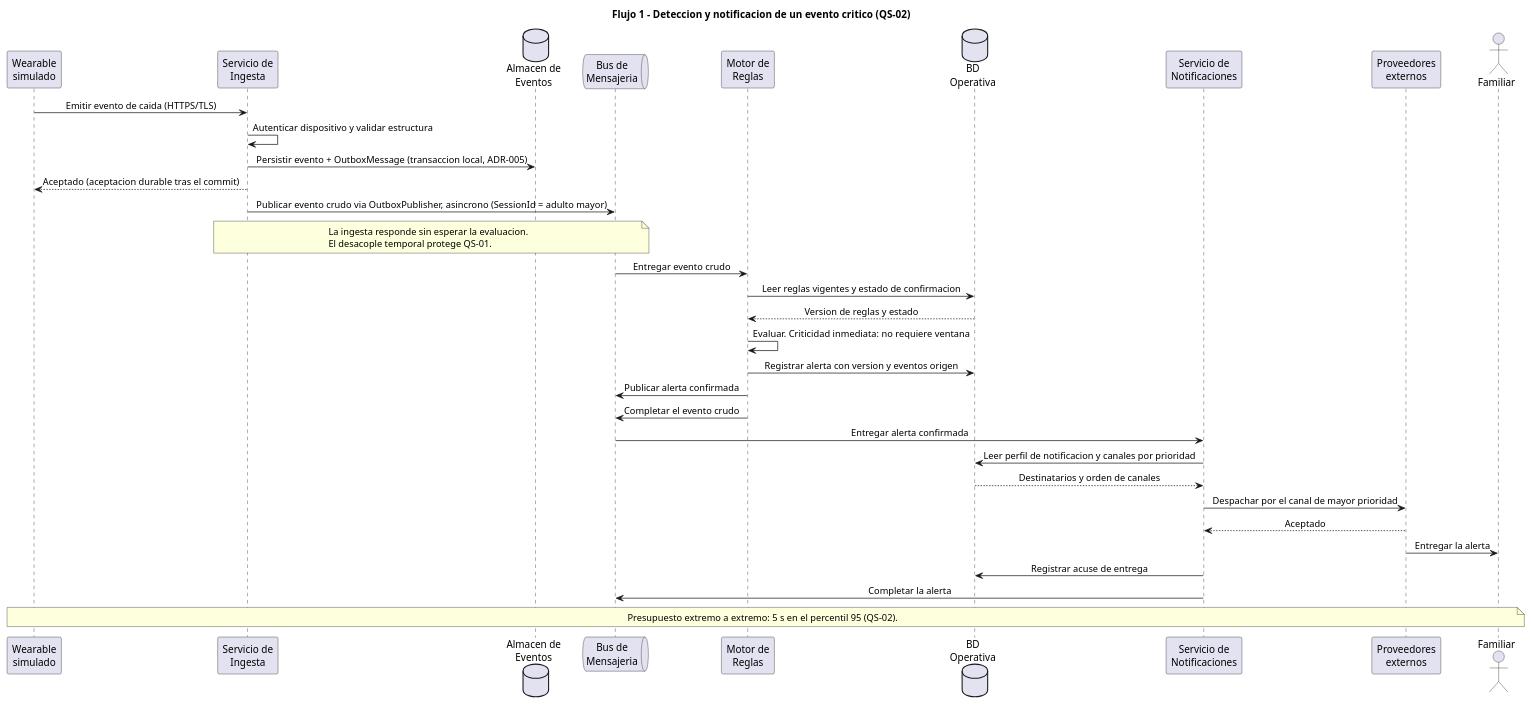
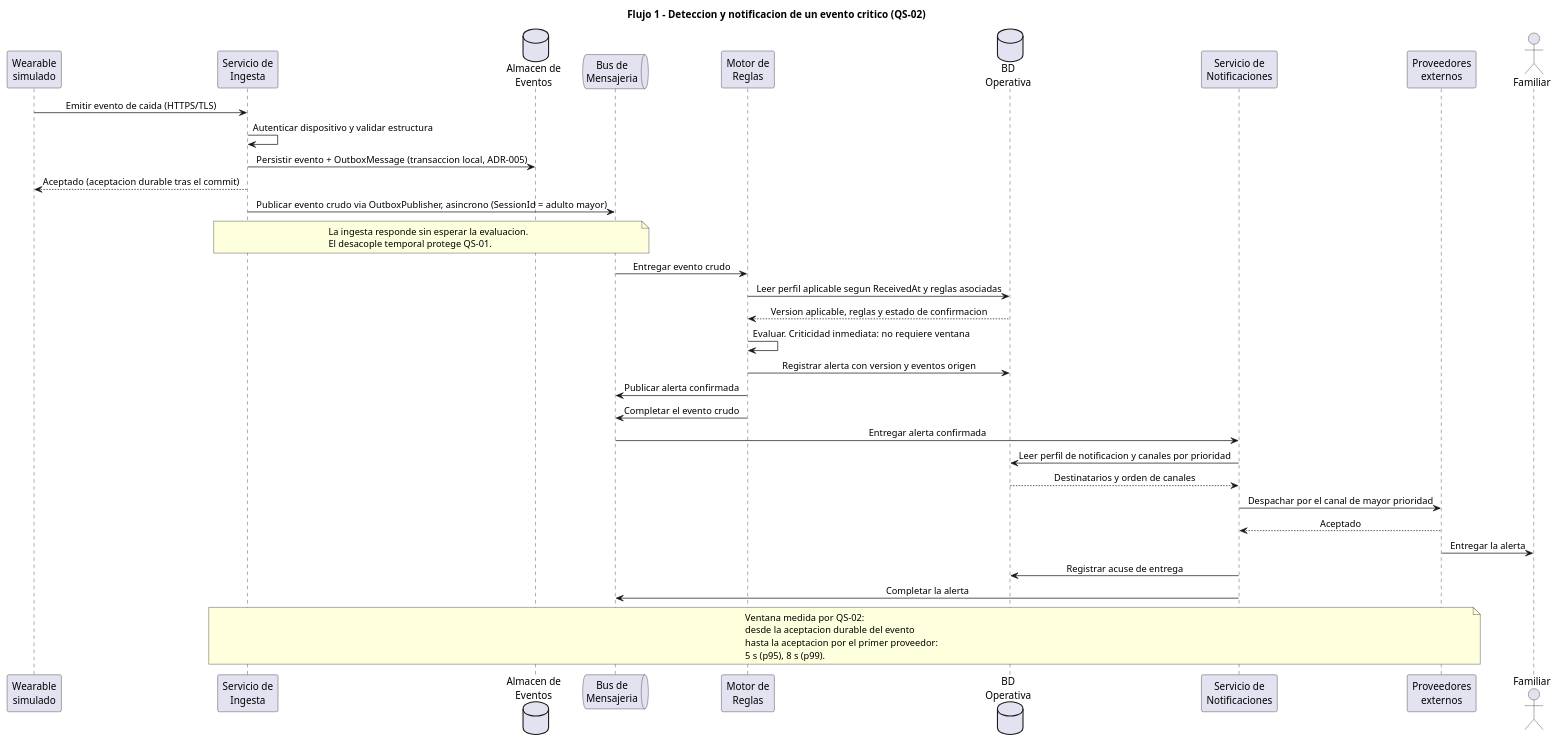
Before and after one commit to pswe04-seniorcarehub/pswe04-senior-care-hub-c2-2026: the first of 3 diagrams in diagramas/comportamiento.puml, drawn with PlantUML. The commit also changed other lines of this file and 1 other file, not shown here.

```diff
--- a/diagramas/comportamiento.puml
+++ b/diagramas/comportamiento.puml
@@ -8,50 +8,53 @@
 @startuml comportamiento-01-evento-critico
 skinparam backgroundColor transparent
 skinparam sequenceMessageAlign center
 skinparam ParticipantPadding 12
 
 title Flujo 1 - Deteccion y notificacion de un evento critico (QS-02)
 
 participant "Wearable\nsimulado" as WE
 participant "Servicio de\nIngesta" as ING
 database "Almacen de\nEventos" as BDE
 queue "Bus de\nMensajeria" as BUS
 participant "Motor de\nReglas" as MR
 database "BD\nOperativa" as BDO
 participant "Servicio de\nNotificaciones" as SN
 participant "Proveedores\nexternos" as PR
 actor "Familiar" as FA
 
 WE -> ING: Emitir evento de caida (HTTPS/TLS)
 ING -> ING: Autenticar dispositivo y validar estructura
 ING -> BDE: Persistir evento + OutboxMessage (transaccion local, ADR-005)
 ING --> WE: Aceptado (aceptacion durable tras el commit)
 ING -> BUS: Publicar evento crudo via OutboxPublisher, asincrono (SessionId = adulto mayor)
 
 note over ING, BUS
   La ingesta responde sin esperar la evaluacion.
   El desacople temporal protege QS-01.
 end note
 
 BUS -> MR: Entregar evento crudo
-MR -> BDO: Leer reglas vigentes y estado de confirmacion
-BDO --> MR: Version de reglas y estado
+MR -> BDO: Leer perfil aplicable segun ReceivedAt y reglas asociadas
+BDO --> MR: Version aplicable, reglas y estado de confirmacion
 MR -> MR: Evaluar. Criticidad inmediata: no requiere ventana
 MR -> BDO: Registrar alerta con version y eventos origen
 MR -> BUS: Publicar alerta confirmada
 MR -> BUS: Completar el evento crudo
 
 BUS -> SN: Entregar alerta confirmada
 SN -> BDO: Leer perfil de notificacion y canales por prioridad
 BDO --> SN: Destinatarios y orden de canales
 SN -> PR: Despachar por el canal de mayor prioridad
 PR --> SN: Aceptado
 PR -> FA: Entregar la alerta
 SN -> BDO: Registrar acuse de entrega
 SN -> BUS: Completar la alerta
 
-note over WE, FA
-  Presupuesto extremo a extremo: 5 s en el percentil 95 (QS-02).
+note over ING, PR
+  Ventana medida por QS-02:
+  desde la aceptacion durable del evento
+  hasta la aceptacion por el primer proveedor:
+  5 s (p95), 8 s (p99).
 end note
 
 @enduml
```
